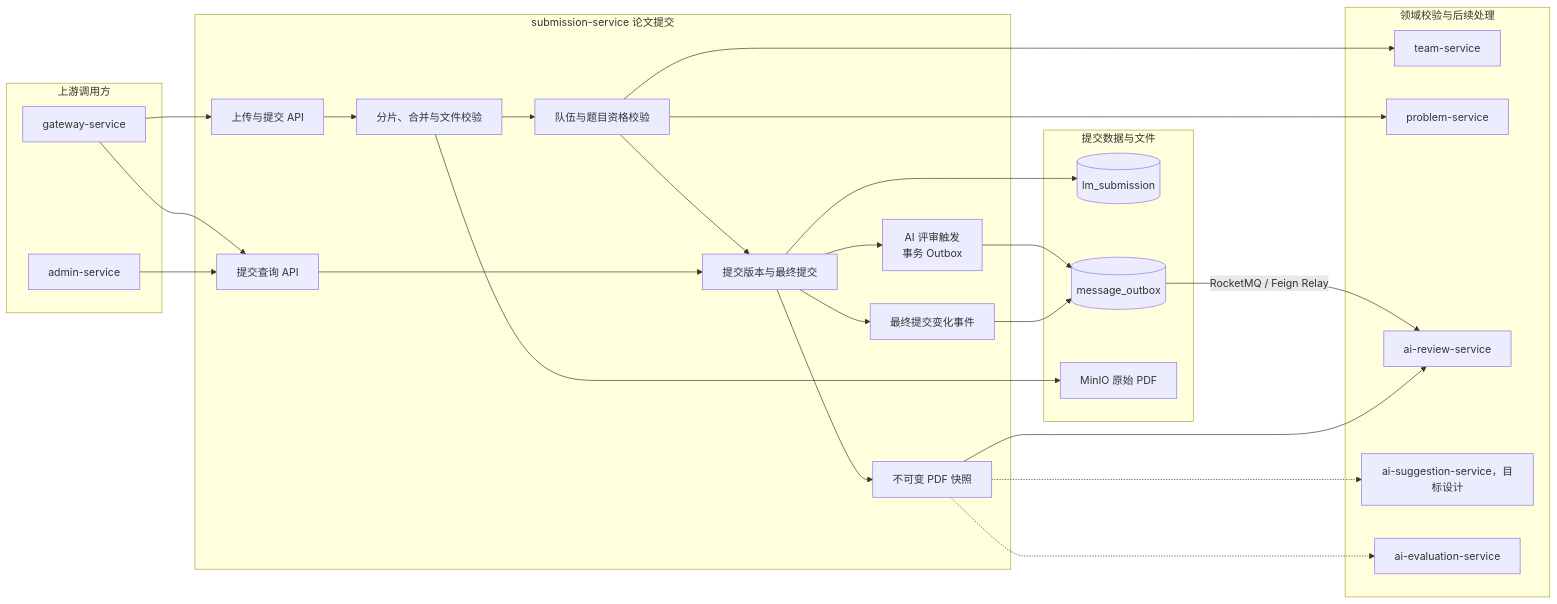
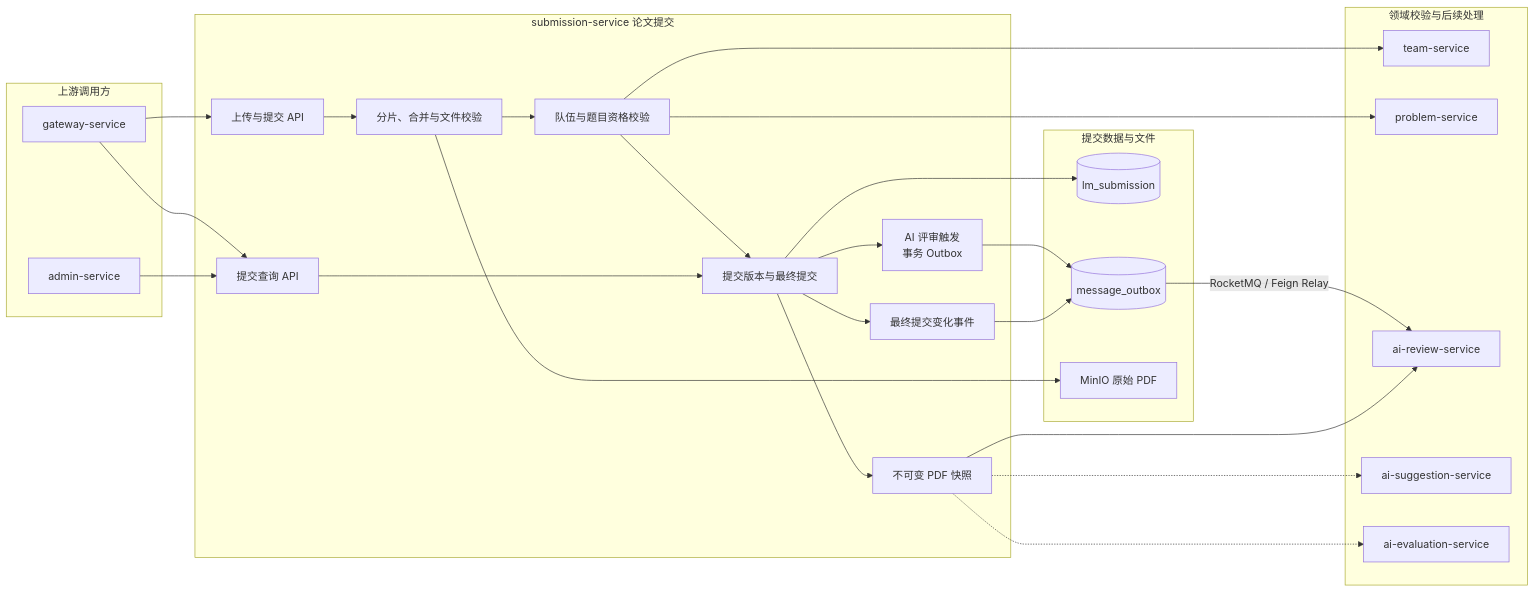
Before and after one commit to Dorian7Alden/LeetModel: the diagram in docs/project/03-微服务设计/submission-service/README.md, drawn with Mermaid. The commit also changed 31 other files, not shown here.

````diff
--- a/docs/project/03-微服务设计/submission-service/README.md
+++ b/docs/project/03-微服务设计/submission-service/README.md
@@ -9,54 +9,54 @@
 ```mermaid
 flowchart LR
     subgraph callers["上游调用方"]
         apiGateway["gateway-service"]
         adminService["admin-service"]
     end
 
     subgraph submission["submission-service 论文提交"]
         submitApi["上传与提交 API"]
         queryApi["提交查询 API"]
         uploadTask["分片、合并与文件校验"]
         eligibility["队伍与题目资格校验"]
         versionRecord["提交版本与最终提交"]
         snapshotApi["不可变 PDF 快照"]
         reviewTrigger["AI 评审触发<br/>事务 Outbox"]
         finalEvent["最终提交变化事件"]
 
         submitApi --> uploadTask
         uploadTask --> eligibility
         eligibility --> versionRecord
         versionRecord --> snapshotApi
         versionRecord --> reviewTrigger
         versionRecord --> finalEvent
         queryApi --> versionRecord
     end
 
     subgraph dependencies["领域校验与后续处理"]
         teamService["team-service"]
         problemService["problem-service"]
         reviewService["ai-review-service"]
-        suggestionService["ai-suggestion-service，目标设计"]
+        suggestionService["ai-suggestion-service"]
         evaluationService["ai-evaluation-service"]
     end
 
     subgraph data["提交数据与文件"]
         submissionDatabase[(lm_submission)]
         messageOutbox[(message_outbox)]
         minio["MinIO 原始 PDF"]
     end
 
     apiGateway --> submitApi
     apiGateway --> queryApi
     adminService --> queryApi
     eligibility --> teamService
     eligibility --> problemService
     uploadTask --> minio
     versionRecord --> submissionDatabase
     reviewTrigger --> messageOutbox
     messageOutbox -->|"RocketMQ / Feign Relay"| reviewService
     finalEvent --> messageOutbox
     snapshotApi --> reviewService
     snapshotApi -.-> suggestionService
     snapshotApi -.-> evaluationService
 ```
````
